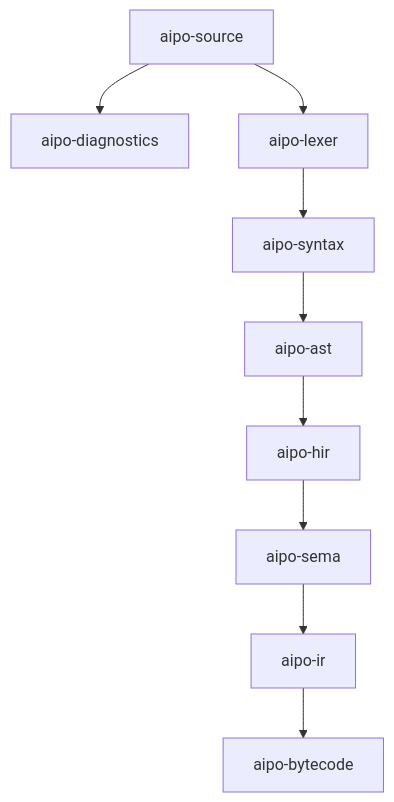
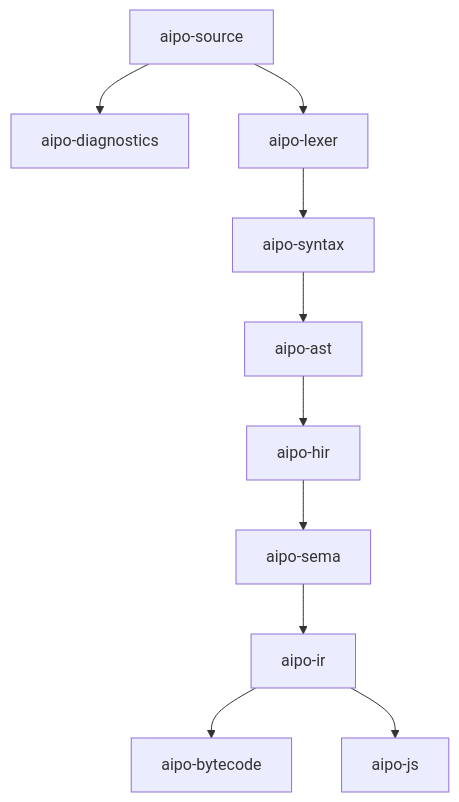
Before and after one commit to poppy-team/aipo-lang: the diagram in crates/README.md, drawn with Mermaid. The commit also changed other lines of this file and 17 other files, not shown here.

````diff
--- a/crates/README.md
+++ b/crates/README.md
@@ -7,11 +7,12 @@
 ```mermaid
 graph TD
     Source["aipo-source"] --> Diagnostics["aipo-diagnostics"]
     Source --> Lexer["aipo-lexer"]
     Lexer --> Syntax["aipo-syntax"]
     Syntax --> AST["aipo-ast"]
     AST --> HIR["aipo-hir"]
     HIR --> Sema["aipo-sema"]
     Sema --> CoreIR["aipo-ir"]
     CoreIR --> Bytecode["aipo-bytecode"]
+    CoreIR --> Js["aipo-js"]
 ```
````
